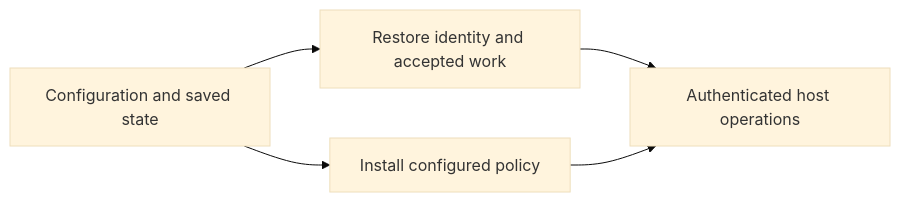
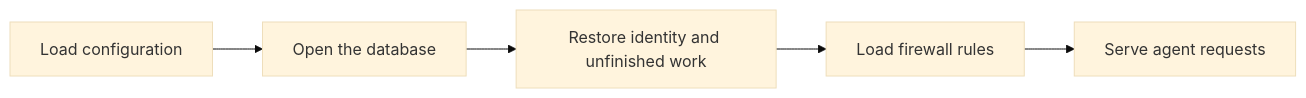
The first of 3 diagrams in packages/social-harness/src/daemon/README.md (social-harness/moltzap), drawn with Mermaid (base theme) before and after one commit. The commit also changed other lines of this file and 1 other file, not shown here.

Commit message:
Restore daemon README and state withheld-history rule directly

````diff
--- a/packages/social-harness/src/daemon/README.md
+++ b/packages/social-harness/src/daemon/README.md
@@ -14,7 +8,7 @@
 ```mermaid
 flowchart LR
-  A[Configuration and saved state] --> B[Restore identity and accepted work]
-  A --> C[Install configured policy]
-  B --> D[Authenticated host operations]
-  C --> D
+  A[Load configuration] --> B[Open the database]
+  B --> C[Restore identity and unfinished work]
+  C --> D[Load firewall rules]
+  D --> E[Serve agent requests]
 ```
````
